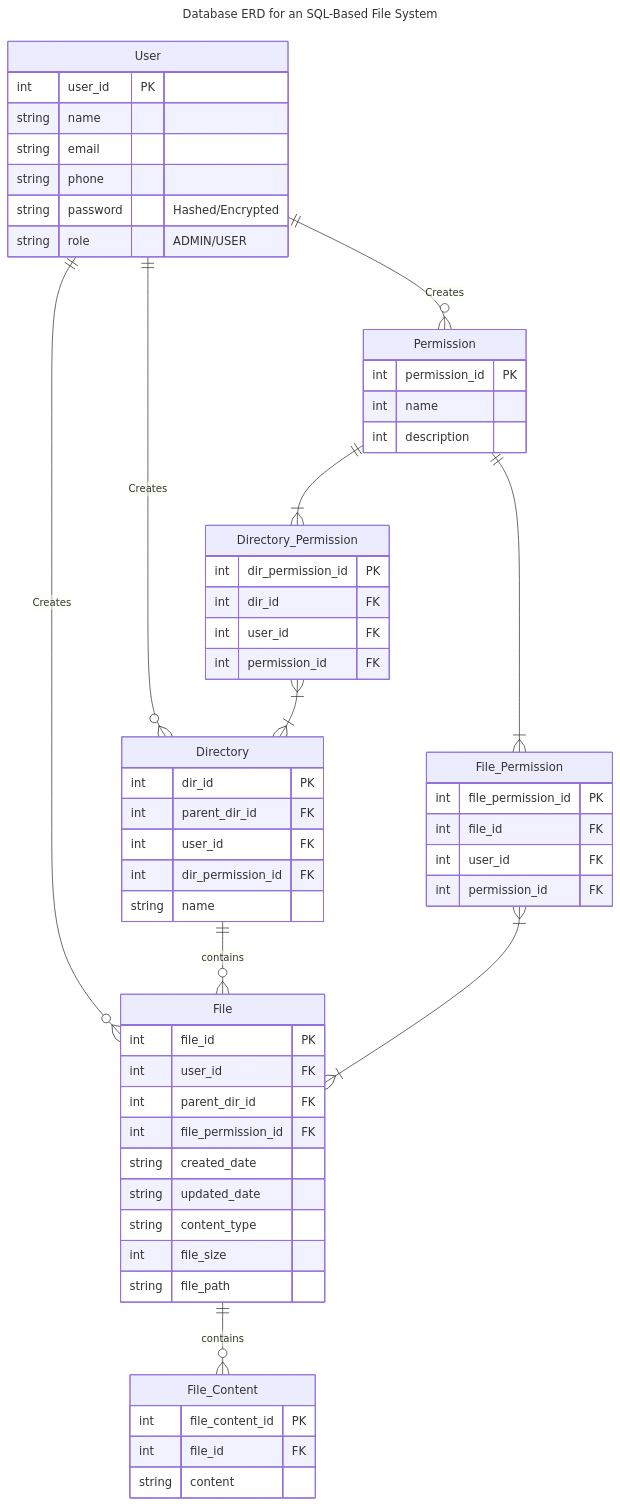
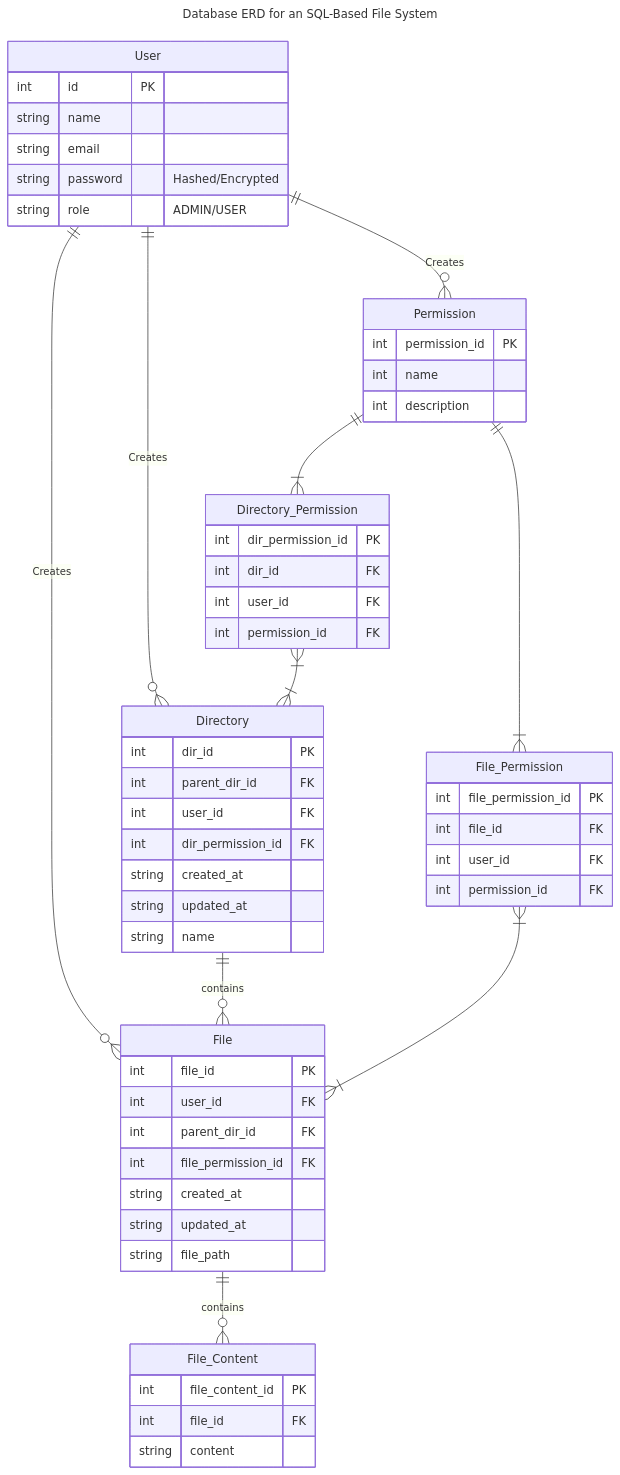
Before and after one commit to amdy87/MySQL-Filesystem: the second of 5 diagrams in README.md, drawn with Mermaid. The commit also changed other lines of this file and 5 other files, not shown here.

Commit message:
update yml file and schema for database tables

````diff
--- a/README.md
+++ b/README.md
@@ -229,73 +229,72 @@
 ```mermaid
 ---
 title: Database ERD for an SQL-Based File System
 ---
 
 erDiagram
     User ||--o{ File : "Creates"
     User ||--o{ Directory: "Creates"
     User ||--o{ Permission: "Creates"
     Directory ||--o{ File : "contains"
     File ||--o{ File_Content : "contains"
     Permission ||--|{ File_Permission: ""
     Permission ||--|{ Directory_Permission: ""
     File_Permission }|--|{ File: ""
     Directory_Permission }|--|{ Directory: ""
 
     User {
-        int user_id PK
+        int id PK
         string name
         string email
-        string phone
         string password "Hashed/Encrypted"
         string role "ADMIN/USER"
     }
 
     Permission {
         int permission_id PK
         int name
         int description
     }
 
     File {
         int file_id PK
         int user_id FK
         int parent_dir_id FK
         int file_permission_id FK
-        string created_date
-        string updated_date
-        string content_type
-        int file_size
+        string created_at
+        string updated_at
         string file_path
     }
     File_Permission {
         int file_permission_id PK
         int file_id FK
         int user_id FK
         int permission_id FK
     }
     
     Directory_Permission {
         int dir_permission_id PK
         int dir_id FK
         int user_id FK
         int permission_id FK
     }
 
     Directory {
         int dir_id PK
         int parent_dir_id FK
         int user_id FK
         int dir_permission_id FK
+        string created_at
+        string updated_at
         string name
     }
 
     File_Content {
         int file_content_id PK
         int file_id FK
         string content
     }
 
 
 
 ```
````
